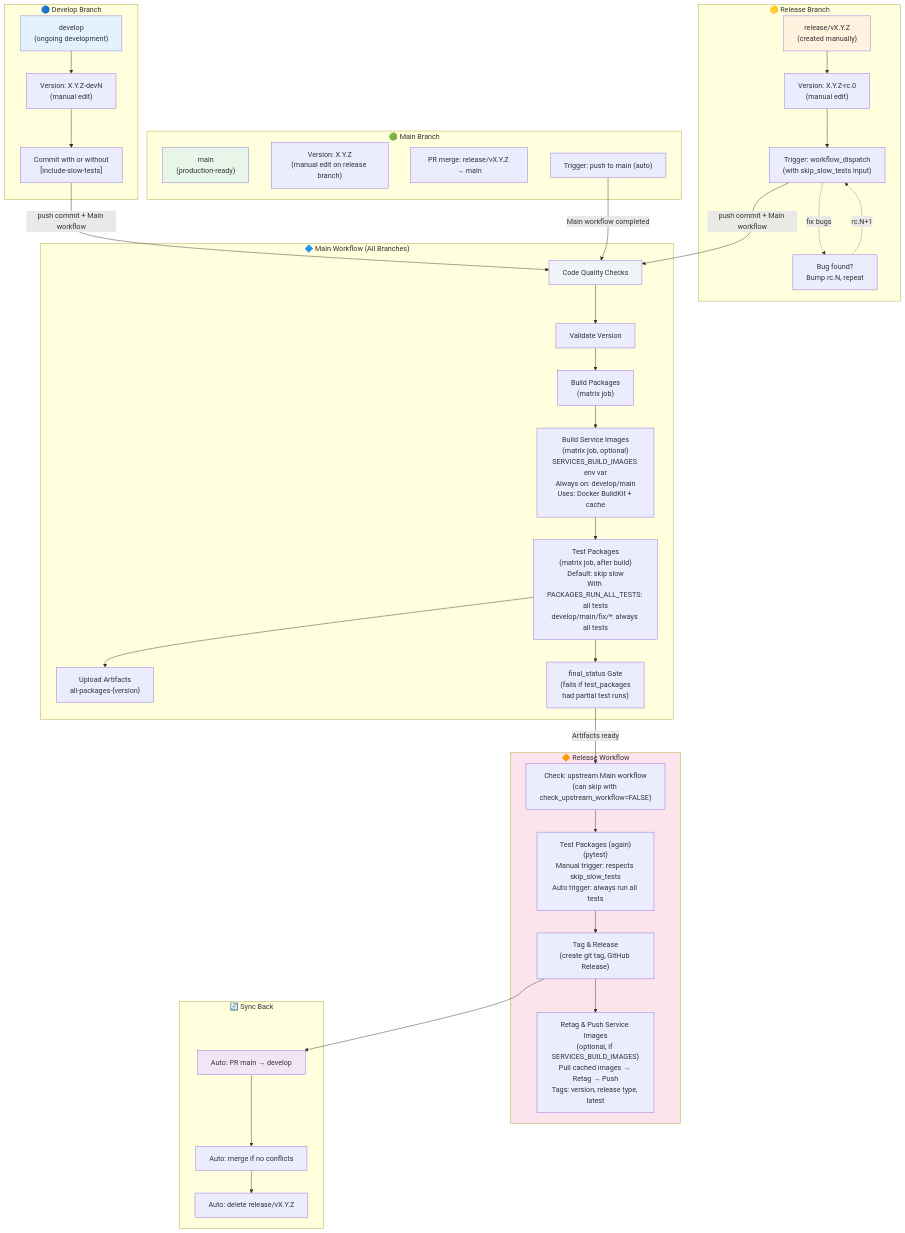
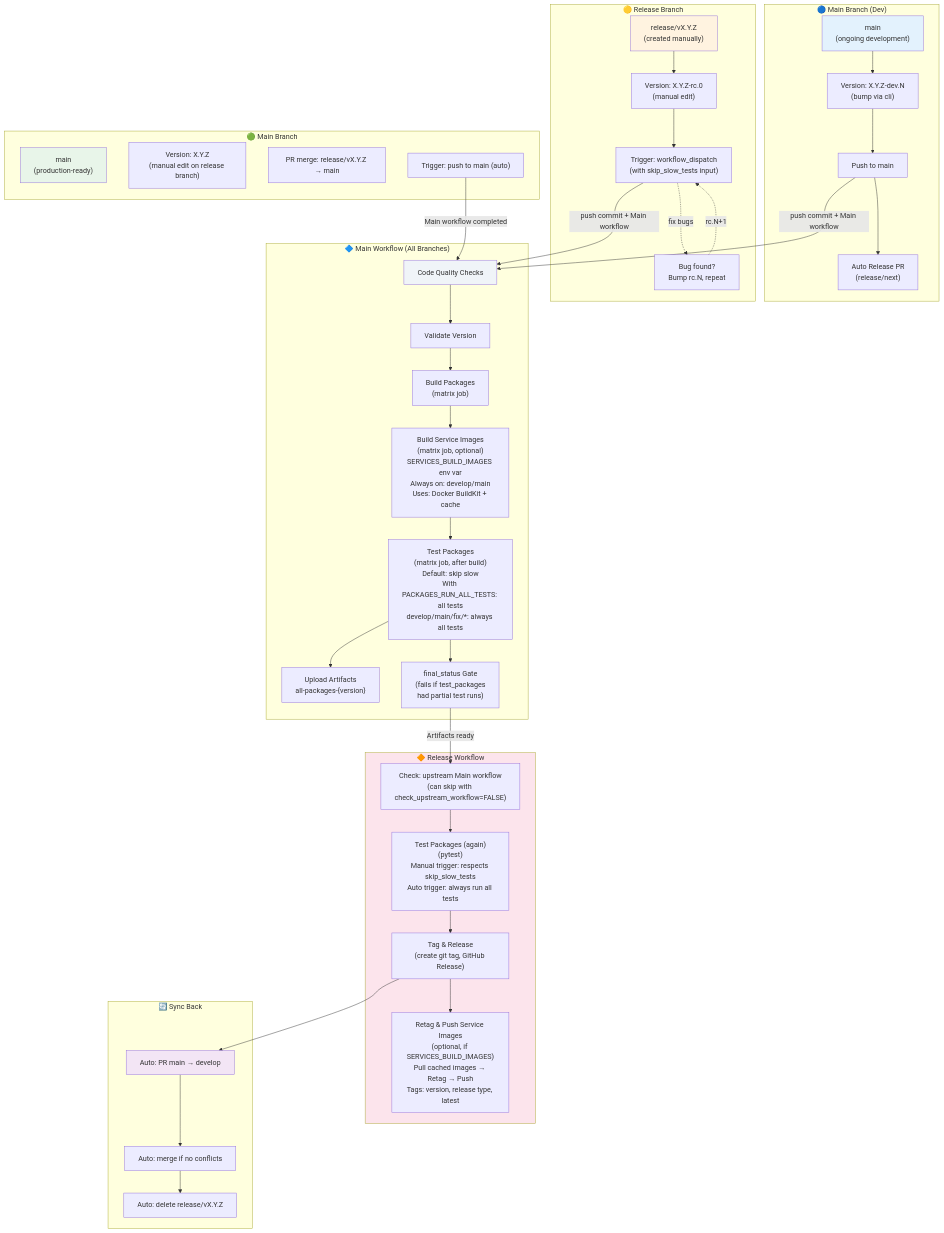
One commit to abhi8893/genai-shopping-assistant changed the diagram in RELEASING.md. Above: the diagram before and after it, drawn with Mermaid. The commit also changed other lines of this file and 17 other files, not shown here.

````diff
--- a/RELEASING.md
+++ b/RELEASING.md
@@ -740,69 +729,70 @@
 ```mermaid
 graph TD
-    subgraph develop["🔵 Develop Branch"]
-        D1["develop<br/>(ongoing development)"]
-        D2["Version: X.Y.Z-devN<br/>(manual edit)"]
-        D3["Commit with or without<br/>[include-slow-tests]"]
-        D1 --> D2 --> D3
+    subgraph main_dev["🔵 Main Branch (Dev)"]
+        D1["main<br/>(ongoing development)"]
+        D2["Version: X.Y.Z-dev.N<br/>(bump via cli)"]
+        D3["Push to main"]
+        D4["Auto Release PR<br/>(release/next)"]
+        D1 --> D2 --> D3 --> D4
     end
 
     subgraph release["🟡 Release Branch"]
         R1["release/vX.Y.Z<br/>(created manually)"]
         R2["Version: X.Y.Z-rc.0<br/>(manual edit)"]
         R3["Trigger: workflow_dispatch<br/>(with skip_slow_tests input)"]
         R4["Bug found?<br/>Bump rc.N, repeat"]
         R1 --> R2 --> R3
         R3 -.->|fix bugs| R4
         R4 -.->|rc.N+1| R3
     end
 
     subgraph main_workflow["🔷 Main Workflow (All Branches)"]
         MW1["Code Quality Checks"]
         MW2["Validate Version"]
         MW3["Build Packages<br/>(matrix job)"]
         MW3b["Build Service Images<br/>(matrix job, optional)<br/>SERVICES_BUILD_IMAGES env var<br/>Always on: develop/main<br/>Uses: Docker BuildKit + cache"]
         MW4["Test Packages<br/>(matrix job, after build)<br/>Default: skip slow<br/>With PACKAGES_RUN_ALL_TESTS: all tests<br/>develop/main/fix/*: always all tests"]
         MW5["Upload Artifacts<br/>all-packages-{version}"]
         MW6["final_status Gate<br/>(fails if test_packages<br/>had partial test runs)"]
         MW1 --> MW2 --> MW3
         MW3 --> MW3b
         MW3b --> MW4 --> MW5
         MW4 --> MW6
     end
 
     subgraph main["🟢 Main Branch"]
         M1["main<br/>(production-ready)"]
         M2["Version: X.Y.Z<br/>(manual edit on release branch)"]
         M3["PR merge: release/vX.Y.Z → main"]
         M4["Trigger: push to main (auto)"]
     end
 
     subgraph release_workflow["🔶 Release Workflow"]
         R5["Check: upstream Main workflow<br/>(can skip with check_upstream_workflow=FALSE)"]
         R6["Test Packages (again)<br/>(pytest)<br/>Manual trigger: respects skip_slow_tests<br/>Auto trigger: always run all tests"]
         R7["Tag & Release<br/>(create git tag, GitHub Release)"]
         R7b["Retag & Push Service Images<br/>(optional, if SERVICES_BUILD_IMAGES)<br/>Pull cached images → Retag → Push<br/>Tags: version, release type, latest"]
         R5 --> R6 --> R7
         R7 --> R7b
     end
 
     subgraph sync["🔄 Sync Back"]
         S1["Auto: PR main → develop"]
         S2["Auto: merge if no conflicts"]
         S3["Auto: delete release/vX.Y.Z"]
         S1 --> S2 --> S3
     end
 
     D3 -->|push commit + Main workflow| MW1
     R3 -->|push commit + Main workflow| MW1
     M4 -->|Main workflow completed| MW1
     MW6 -->|Artifacts ready| R5
     R7 --> S1
 
     style D1 fill:#e3f2fd
     style R1 fill:#fff3e0
     style M1 fill:#e8f5e9
     style S1 fill:#f3e5f5
     style MW1 fill:#f0f4f8
     style release_workflow fill:#fce4ec
 ```
````
